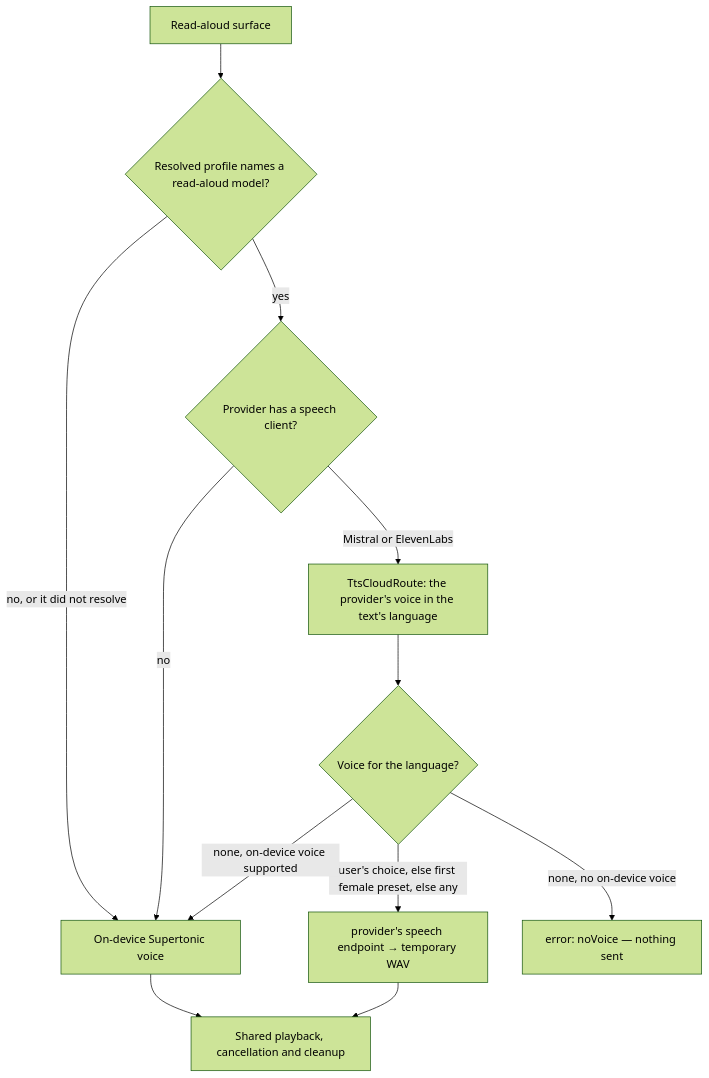
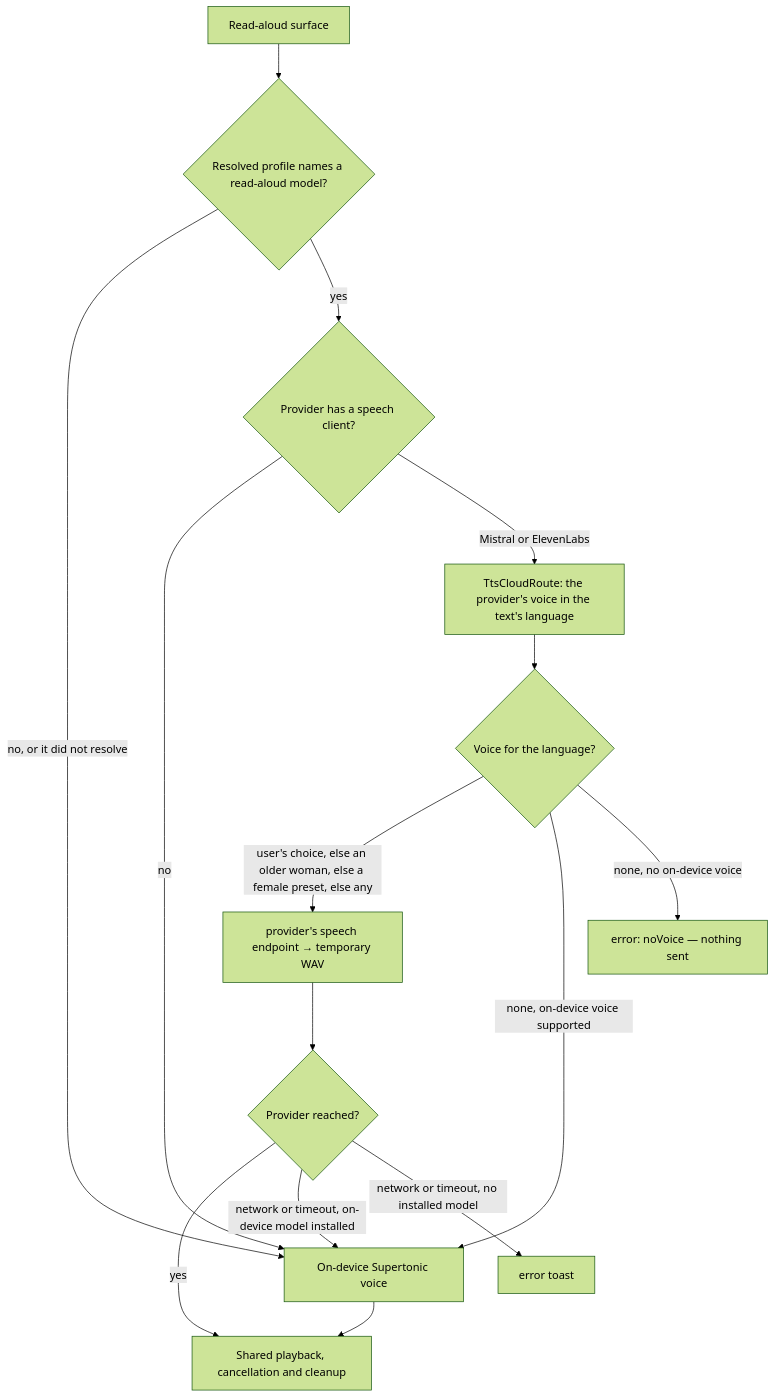
The second of 5 diagrams in knowledge/features/tts.md (matthiasn/lotti), drawn with Mermaid (forest theme) before and after one commit. The commit also changed other lines of this file and 32 other files, not shown here.

````diff
--- a/knowledge/features/tts.md
+++ b/knowledge/features/tts.md
@@ -171,14 +189,17 @@
 ```mermaid
 flowchart TD
   Surface["Read-aloud surface"] --> Profile{"Resolved profile names a read-aloud model?"}
   Profile -->|no, or it did not resolve| Local["On-device Supertonic voice"]
   Profile -->|yes| Client{"Provider has a speech client?"}
   Client -->|no| Local
   Client -->|Mistral or ElevenLabs| Cloud["TtsCloudRoute: the provider's voice in the text's language"]
   Cloud --> Voice{"Voice for the language?"}
-  Voice -->|user's choice, else first female preset, else any| Speak["provider's speech endpoint → temporary WAV"]
+  Voice -->|user's choice, else an older woman, else a female preset, else any| Speak["provider's speech endpoint → temporary WAV"]
   Voice -->|none, on-device voice supported| Local
   Voice -->|none, no on-device voice| NoVoice["error: noVoice — nothing sent"]
-  Local --> Play["Shared playback, cancellation and cleanup"]
-  Speak --> Play
+  Speak --> Reached{"Provider reached?"}
+  Reached -->|yes| Play["Shared playback, cancellation and cleanup"]
+  Reached -->|network or timeout, on-device model installed| Local
+  Reached -->|network or timeout, no installed model| Failed["error toast"]
+  Local --> Play
 ```
````
